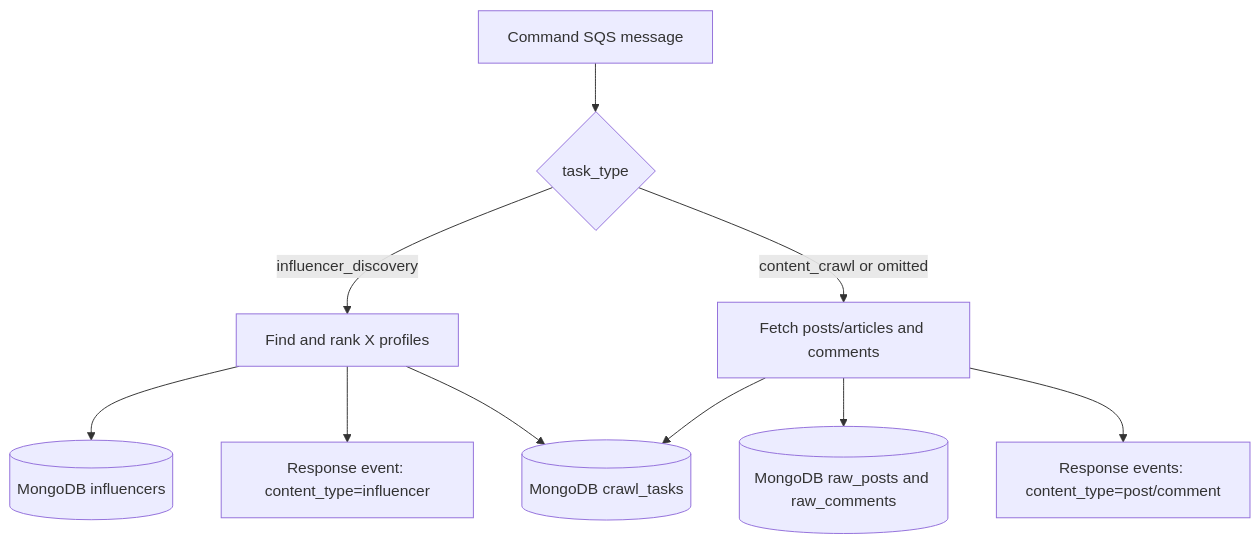
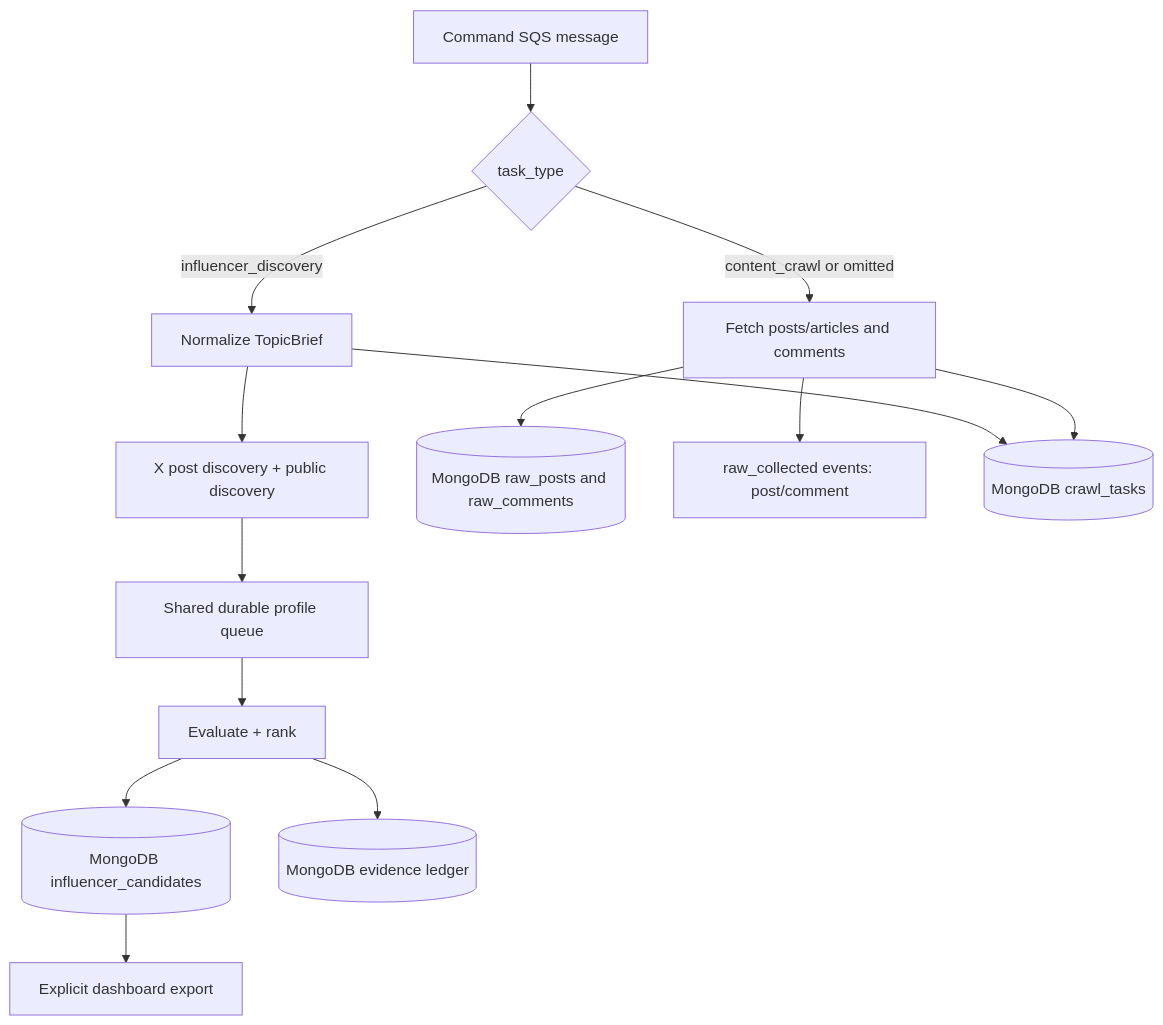
The diagram in README.md (sontung2310/data-crawler), drawn with Mermaid before and after one commit. The commit also changed other lines of this file and 44 other files, not shown here.

Commit message:
Expand influencer discovery pipeline and ignore local crawl reports

````diff
--- a/README.md
+++ b/README.md
@@ -41,12 +39,16 @@
 ```mermaid
 flowchart TD
     A[Command SQS message] --> B{task_type}
-    B -->|influencer_discovery| C[Find and rank X profiles]
-    C --> C1[(MongoDB influencers)]
-    C --> C2[Response event: content_type=influencer]
+    B -->|influencer_discovery| C[Normalize TopicBrief]
+    C --> C1[X post discovery + public discovery]
+    C1 --> C2[Shared durable profile queue]
+    C2 --> C3[Evaluate + rank]
+    C3 --> C4[(MongoDB influencer_candidates)]
+    C3 --> C5[(MongoDB evidence ledger)]
+    C4 --> C6[Explicit dashboard export]
     B -->|content_crawl or omitted| D[Fetch posts/articles and comments]
     D --> D1[(MongoDB raw_posts and raw_comments)]
-    D --> D2[Response events: content_type=post/comment]
+    D --> D2[raw_collected events: post/comment]
     C --> T[(MongoDB crawl_tasks)]
     D --> T
 ```
````
